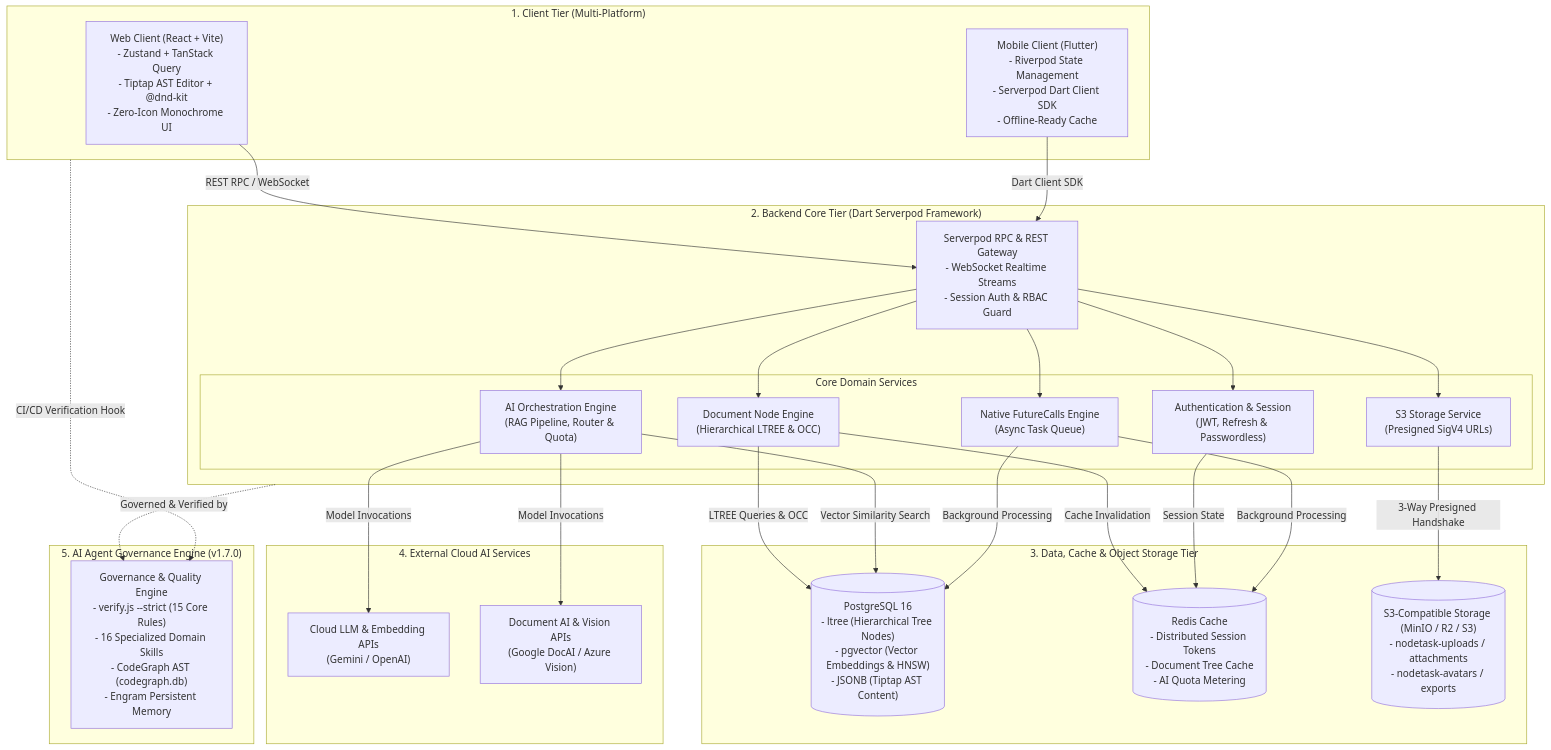
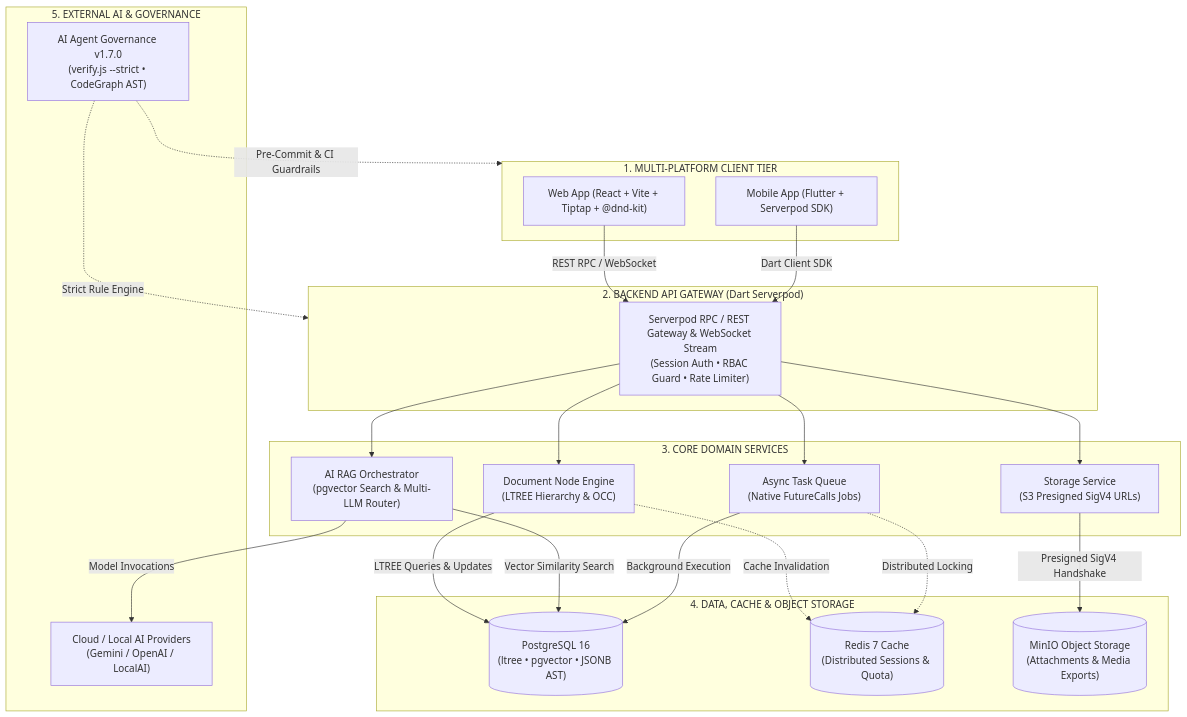
The diagram in README.md (nvtruongops/nodetask), drawn with Mermaid before and after one commit. The commit also changed other lines of this file, not shown here.

Commit message:
docs(readme): redesign system architecture diagram with vertical linear tiers and layer matrix table

````diff
--- a/README.md
+++ b/README.md
@@ -22,50 +22,48 @@
 ```mermaid
 flowchart TD
-  subgraph ClientTier["1. Client Tier (Multi-Platform)"]
-    WebClient["Web Client (React + Vite)\n- Zustand + TanStack Query\n- Tiptap AST Editor + @dnd-kit\n- Zero-Icon Monochrome UI"]
-    MobileClient["Mobile Client (Flutter)\n- Riverpod State Management\n- Serverpod Dart Client SDK\n- Offline-Ready Cache"]
+  subgraph T1["1. MULTI-PLATFORM CLIENT TIER"]
+    WEB["Web App (React + Vite + Tiptap + @dnd-kit)"]
+    MOB["Mobile App (Flutter + Serverpod SDK)"]
   end
 
-  subgraph BackendTier["2. Backend Core Tier (Dart Serverpod Framework)"]
-    Gateway["Serverpod RPC & REST Gateway\n- WebSocket Realtime Streams\n- Session Auth & RBAC Guard"]
-    
-    subgraph Services["Core Domain Services"]
-      NodeService["Document Node Engine\n(Hierarchical LTREE & OCC)"]
-      AuthService["Authentication & Session\n(JWT, Refresh & Passwordless)"]
-      AIOrchestrator["AI Orchestration Engine\n(RAG Pipeline, Router & Quota)"]
-      StorageService["S3 Storage Service\n(Presigned SigV4 URLs)"]
-      JobWorker["Native FutureCalls Engine\n(Async Task Queue)"]
-    end
+  subgraph T2["2. BACKEND API GATEWAY (Dart Serverpod)"]
+    GW["Serverpod RPC / REST Gateway & WebSocket Stream\n(Session Auth • RBAC Guard • Rate Limiter)"]
   end
 
-  subgraph DataTier["3. Data, Cache & Object Storage Tier"]
-    Postgres[("PostgreSQL 16\n- ltree (Hierarchical Tree Nodes)\n- pgvector (Vector Embeddings & HNSW)\n- JSONB (Tiptap AST Content)")]
-    RedisCache[("Redis Cache\n- Distributed Session Tokens\n- Document Tree Cache\n- AI Quota Metering")]
-    MinIOStore[("S3-Compatible Storage (MinIO / R2 / S3)\n- nodetask-uploads / attachments\n- nodetask-avatars / exports")]
+  subgraph T3["3. CORE DOMAIN SERVICES"]
+    S1["Document Node Engine\n(LTREE Hierarchy & OCC)"]
+    S2["AI RAG Orchestrator\n(pgvector Search & Multi-LLM Router)"]
+    S3["Storage Service\n(S3 Presigned SigV4 URLs)"]
+    S4["Async Task Queue\n(Native FutureCalls Jobs)"]
   end
 
-  subgraph CloudAITier["4. External Cloud AI Services"]
-    LLMProviders["Cloud LLM & Embedding APIs\n(Gemini / OpenAI)"]
-    DocAI["Document AI & Vision APIs\n(Google DocAI / Azure Vision)"]
+  subgraph T4["4. DATA, CACHE & OBJECT STORAGE"]
+    PG[("PostgreSQL 16\n(ltree • pgvector • JSONB AST)")]
+    RD[("Redis 7 Cache\n(Distributed Sessions & Quota)")]
+    S3D[("MinIO Object Storage\n(Attachments & Media Exports)")]
   end
 
-  subgraph GovernanceTier["5. AI Agent Governance Engine (v1.7.0)"]
-    GovEngine["Governance & Quality Engine\n- verify.js --strict (15 Core Rules)\n- 16 Specialized Domain Skills\n- CodeGraph AST (codegraph.db)\n- Engram Persistent Memory"]
+  subgraph T5["5. EXTERNAL AI & GOVERNANCE"]
+    AI["Cloud / Local AI Providers\n(Gemini / OpenAI / LocalAI)"]
+    GOV["AI Agent Governance v1.7.0\n(verify.js --strict • CodeGraph AST)"]
   end
 
-  WebClient -->|"REST RPC / WebSocket"| Gateway
-  MobileClient -->|"Dart Client SDK"| Gateway
-  
-  Gateway --> AuthService & NodeService & AIOrchestrator & StorageService & JobWorker
-  
-  NodeService -->|"LTREE Queries & OCC"| Postgres
-  NodeService -->|"Cache Invalidation"| RedisCache
-  AuthService -->|"Session State"| RedisCache
-  AIOrchestrator -->|"Vector Similarity Search"| Postgres
-  AIOrchestrator -->|"Model Invocations"| LLMProviders & DocAI
-  StorageService -->|"3-Way Presigned Handshake"| MinIOStore
-  JobWorker -->|"Background Processing"| Postgres & RedisCache
+  WEB -->|"REST RPC / WebSocket"| GW
+  MOB -->|"Dart Client SDK"| GW
 
-  BackendTier -.->|"Governed & Verified by"| GovEngine
-  ClientTier -.->|"CI/CD Verification Hook"| GovEngine
+  GW --> S1
+  GW --> S2
+  GW --> S3
+  GW --> S4
+
+  S1 -->|"LTREE Queries & Updates"| PG
+  S1 -.->|"Cache Invalidation"| RD
+  S2 -->|"Vector Similarity Search"| PG
+  S2 -->|"Model Invocations"| AI
+  S3 -->|"Presigned SigV4 Handshake"| S3D
+  S4 -->|"Background Execution"| PG
+  S4 -.->|"Distributed Locking"| RD
+
+  GOV -.->|"Pre-Commit & CI Guardrails"| T1
+  GOV -.->|"Strict Rule Engine"| T2
 ```
````
